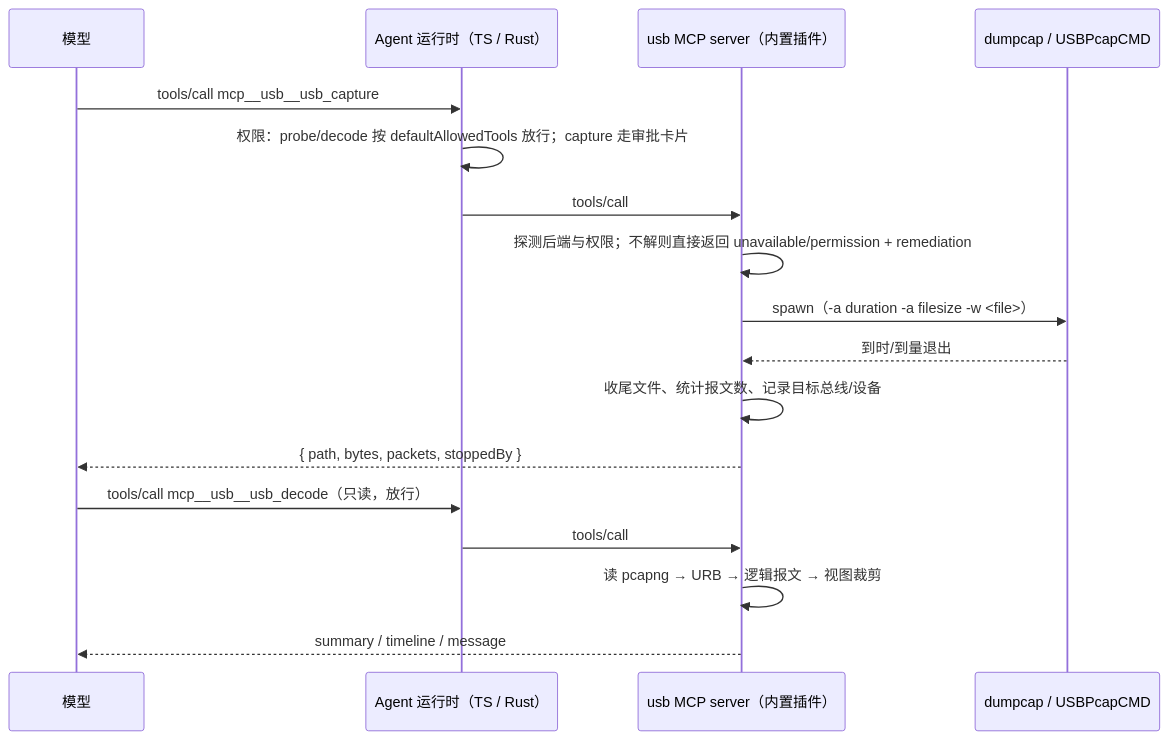
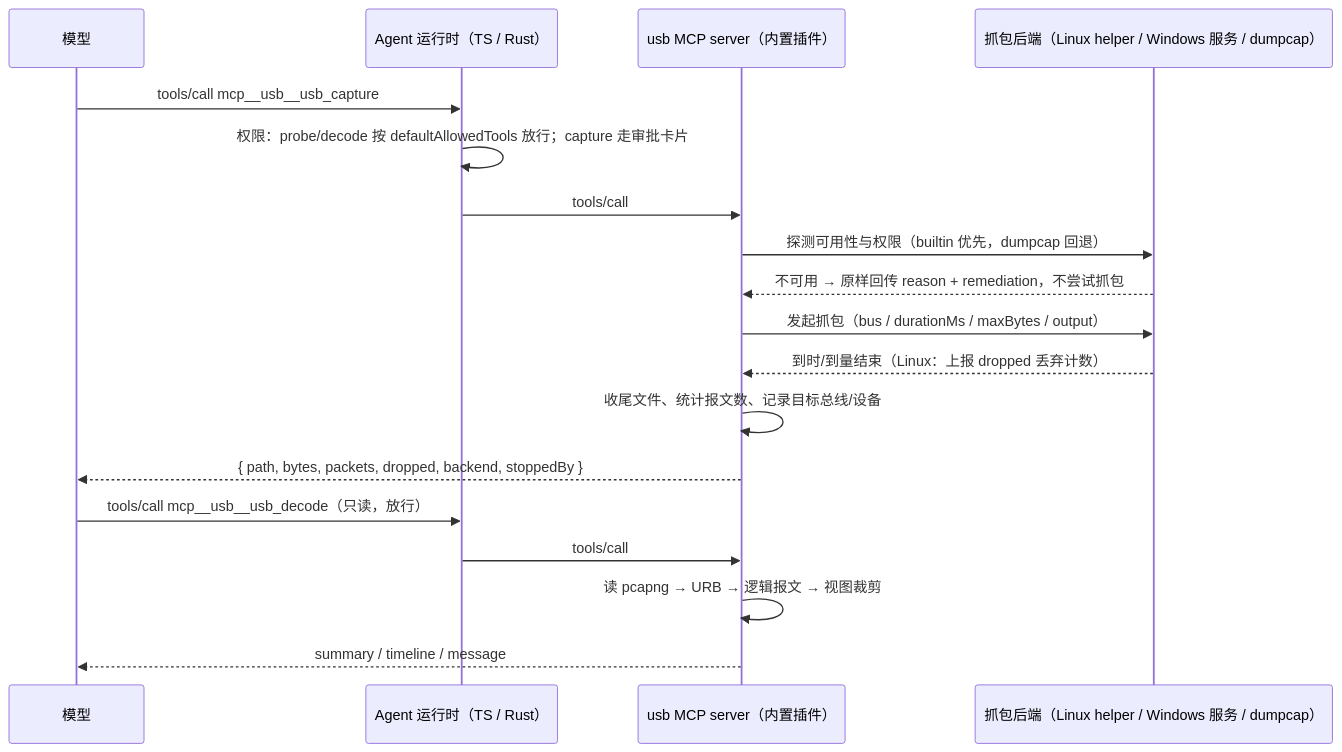
The diagram in docs/specs/usb-agent-tools.md (sekfung/ESCode), drawn with Mermaid before and after one commit. The commit also changed other lines of this file and 15 other files, not shown here.

````diff
--- a/docs/specs/usb-agent-tools.md
+++ b/docs/specs/usb-agent-tools.md
@@ -139,19 +187,20 @@
 ```mermaid
 sequenceDiagram
   participant M as 模型
   participant R as Agent 运行时（TS / Rust）
   participant P as usb MCP server（内置插件）
-  participant D as dumpcap / USBPcapCMD
+  participant B as 抓包后端（Linux helper / Windows 服务 / dumpcap）
   M->>R: tools/call mcp__usb__usb_capture
   R->>R: 权限：probe/decode 按 defaultAllowedTools 放行；capture 走审批卡片
   R->>P: tools/call
-  P->>P: 探测后端与权限；不解则直接返回 unavailable/permission + remediation
-  P->>D: spawn（-a duration -a filesize -w <file>）
-  D-->>P: 到时/到量退出
+  P->>B: 探测可用性与权限（builtin 优先，dumpcap 回退）
+  B-->>P: 不可用 → 原样回传 reason + remediation，不尝试抓包
+  P->>B: 发起抓包（bus / durationMs / maxBytes / output）
+  B-->>P: 到时/到量结束（Linux：上报 dropped 丢弃计数）
   P->>P: 收尾文件、统计报文数、记录目标总线/设备
-  P-->>M: { path, bytes, packets, stoppedBy }
+  P-->>M: { path, bytes, packets, dropped, backend, stoppedBy }
   M->>R: tools/call mcp__usb__usb_decode（只读，放行）
   R->>P: tools/call
   P->>P: 读 pcapng → URB → 逻辑报文 → 视图裁剪
   P-->>M: summary / timeline / message
 ```
````
